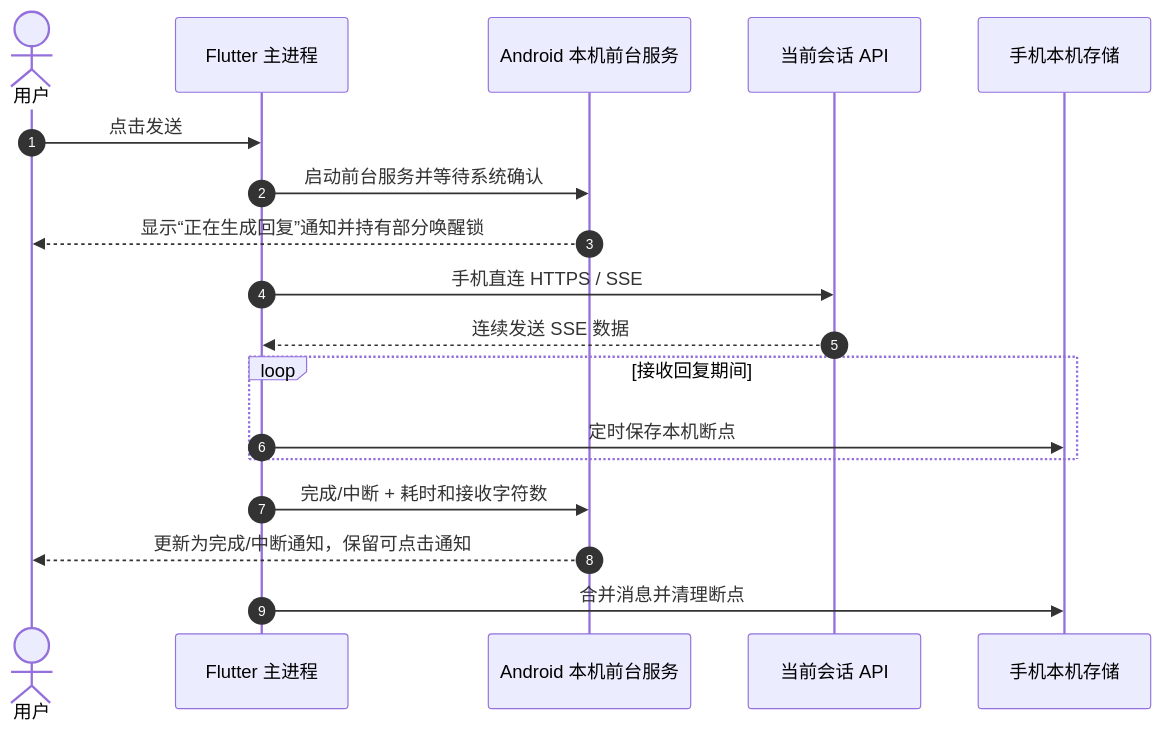
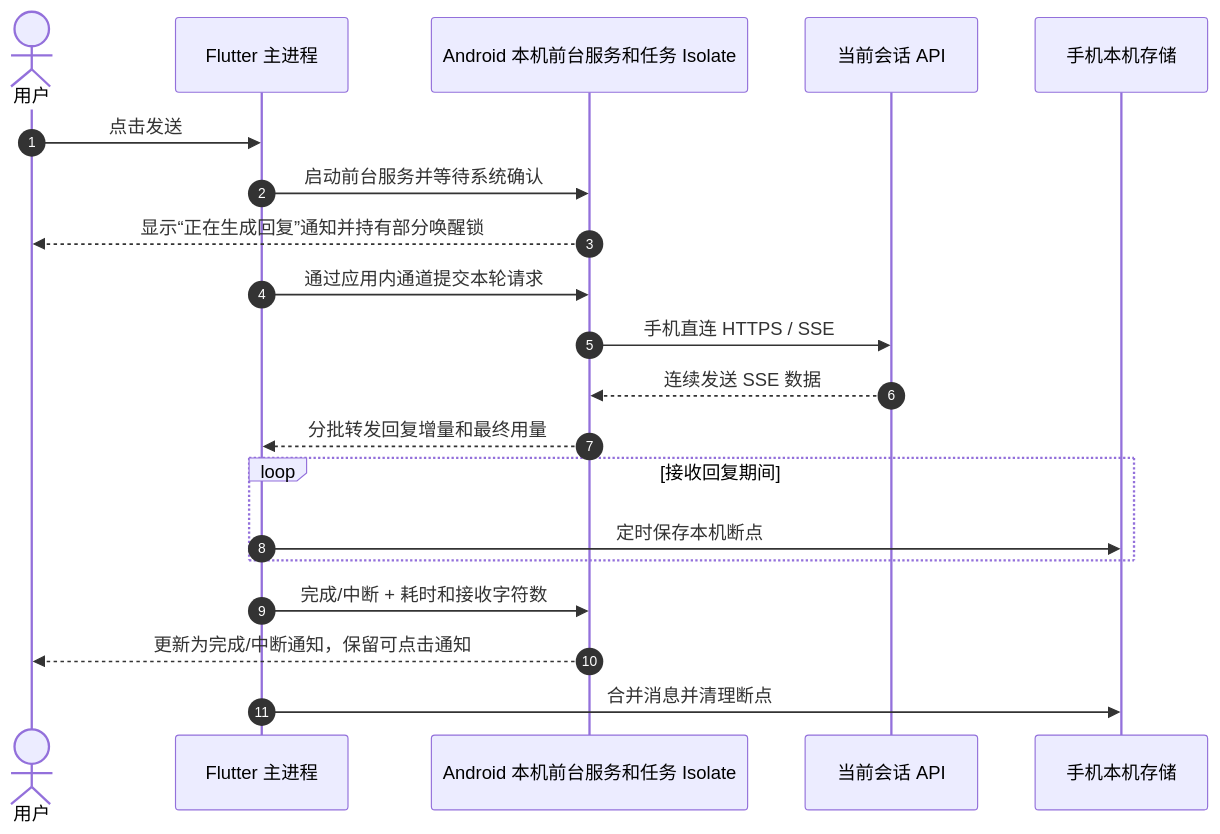
Before and after one commit to SymbioticUniverse/Cwhale-: the fifth of 5 diagrams in README.md, drawn with Mermaid. The commit also changed other lines of this file and 13 other files, not shown here.

````diff
--- a/README.md
+++ b/README.md
@@ -207,21 +207,23 @@
 ```mermaid
 sequenceDiagram
   autonumber
   actor U as 用户
   participant App as Flutter 主进程
-  participant FGS as Android 本机前台服务
+  participant FGS as Android 本机前台服务和任务 Isolate
   participant API as 当前会话 API
   participant Store as 手机本机存储
 
   U->>App: 点击发送
   App->>FGS: 启动前台服务并等待系统确认
   FGS-->>U: 显示“正在生成回复”通知并持有部分唤醒锁
-  App->>API: 手机直连 HTTPS / SSE
-  API-->>App: 连续发送 SSE 数据
+  App->>FGS: 通过应用内通道提交本轮请求
+  FGS->>API: 手机直连 HTTPS / SSE
+  API-->>FGS: 连续发送 SSE 数据
+  FGS-->>App: 分批转发回复增量和最终用量
   loop 接收回复期间
     App->>Store: 定时保存本机断点
   end
   App->>FGS: 完成/中断 + 耗时和接收字符数
   FGS-->>U: 更新为完成/中断通知，保留可点击通知
   App->>Store: 合并消息并清理断点
 ```
````
